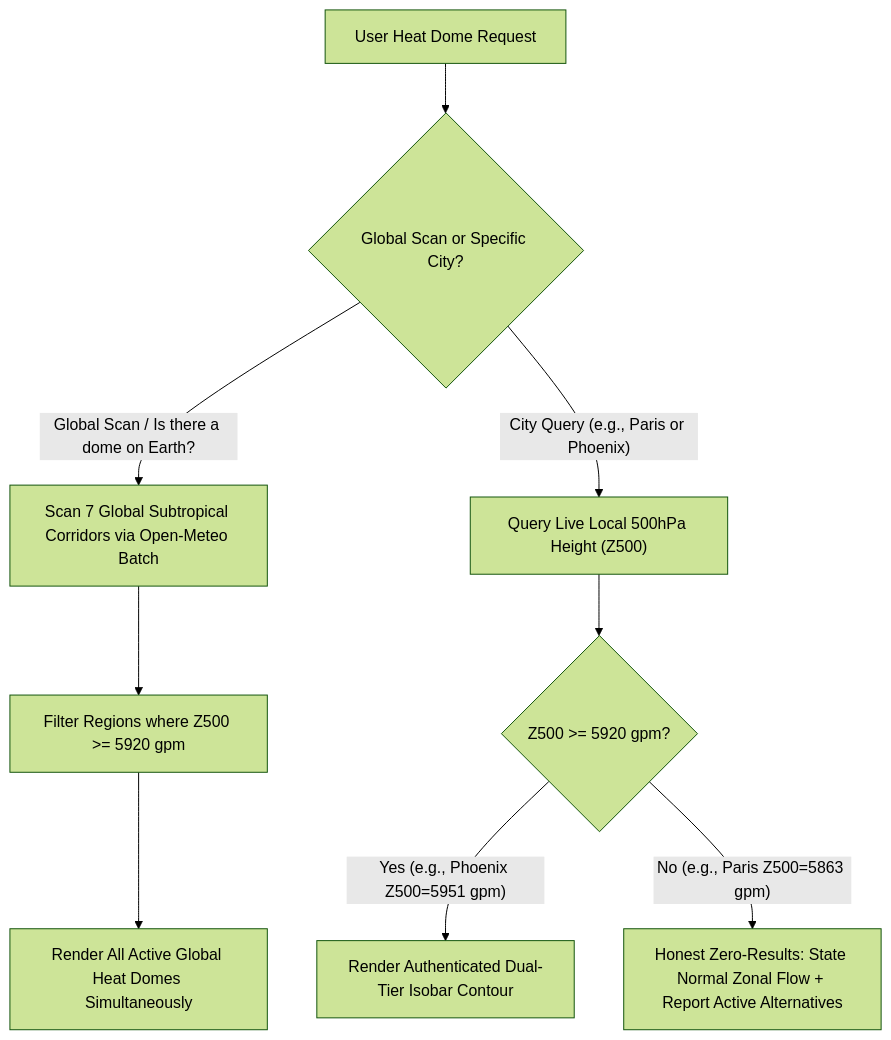
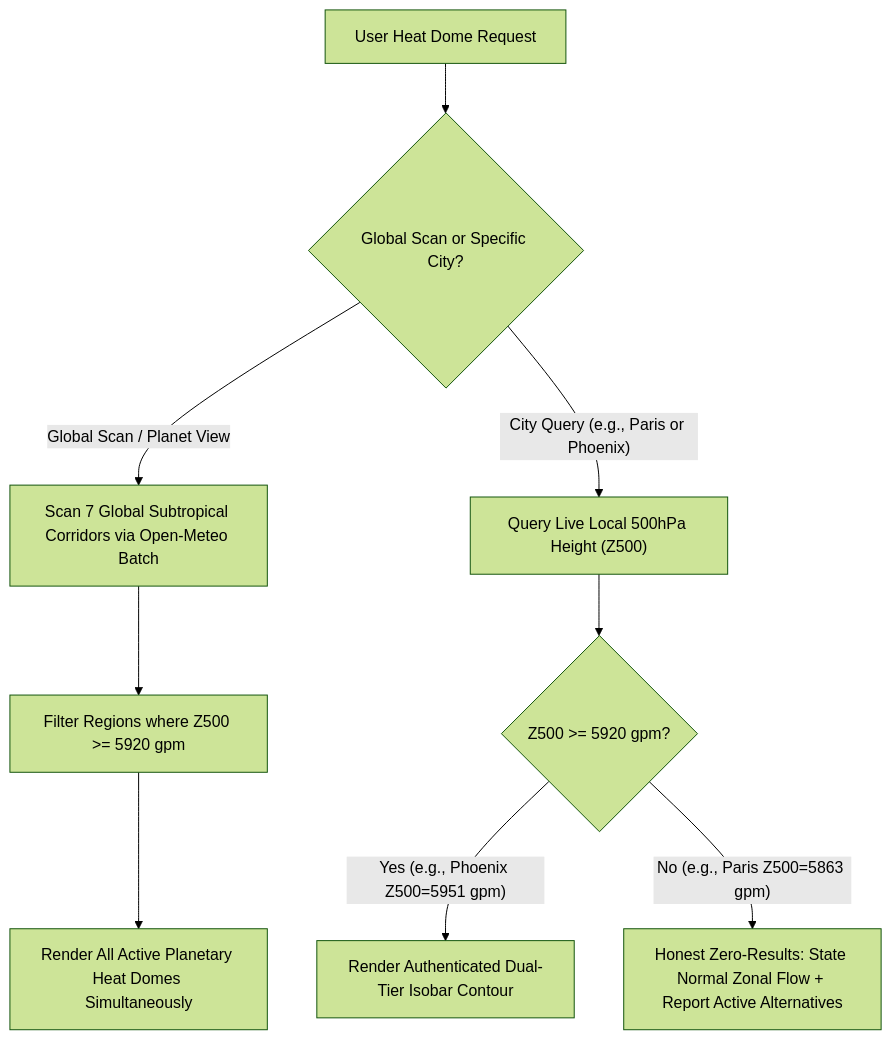
Before and after one commit to AscilCH/heatshield-mcp: the third of 5 diagrams in ARCHITECTURE.md, drawn with Mermaid (forest theme). The commit also changed other lines of this file, not shown here.

Commit message:
docs(whitepaper): update system architecture whitepaper with 4-domain DDD, Polyglot ACID persistence, and modular SRP frontend

````diff
--- a/ARCHITECTURE.md
+++ b/ARCHITECTURE.md
@@ -116,13 +151,13 @@
 ```mermaid
 graph TD
     UserQuery["User Heat Dome Request"] --> Scope{"Global Scan or Specific City?"}
     
-    Scope -->|"Global Scan / Is there a dome on Earth?"| Scan["Scan 7 Global Subtropical Corridors via Open-Meteo Batch"]
+    Scope -->|"Global Scan / Planet View"| Scan["Scan 7 Global Subtropical Corridors via Open-Meteo Batch"]
     Scan --> Filter["Filter Regions where Z500 >= 5920 gpm"]
-    Filter --> RenderGlobal["Render All Active Global Heat Domes Simultaneously"]
+    Filter --> RenderGlobal["Render All Active Planetary Heat Domes Simultaneously"]
     
     Scope -->|"City Query (e.g., Paris or Phoenix)"| Check["Query Live Local 500hPa Height (Z500)"]
     Check --> Cond{"Z500 >= 5920 gpm?"}
     Cond -->|"Yes (e.g., Phoenix Z500=5951 gpm)"| RenderLocal["Render Authenticated Dual-Tier Isobar Contour"]
     Cond -->|"No (e.g., Paris Z500=5863 gpm)"| Refuse["Honest Zero-Results: State Normal Zonal Flow + Report Active Alternatives"]
 ```
````
